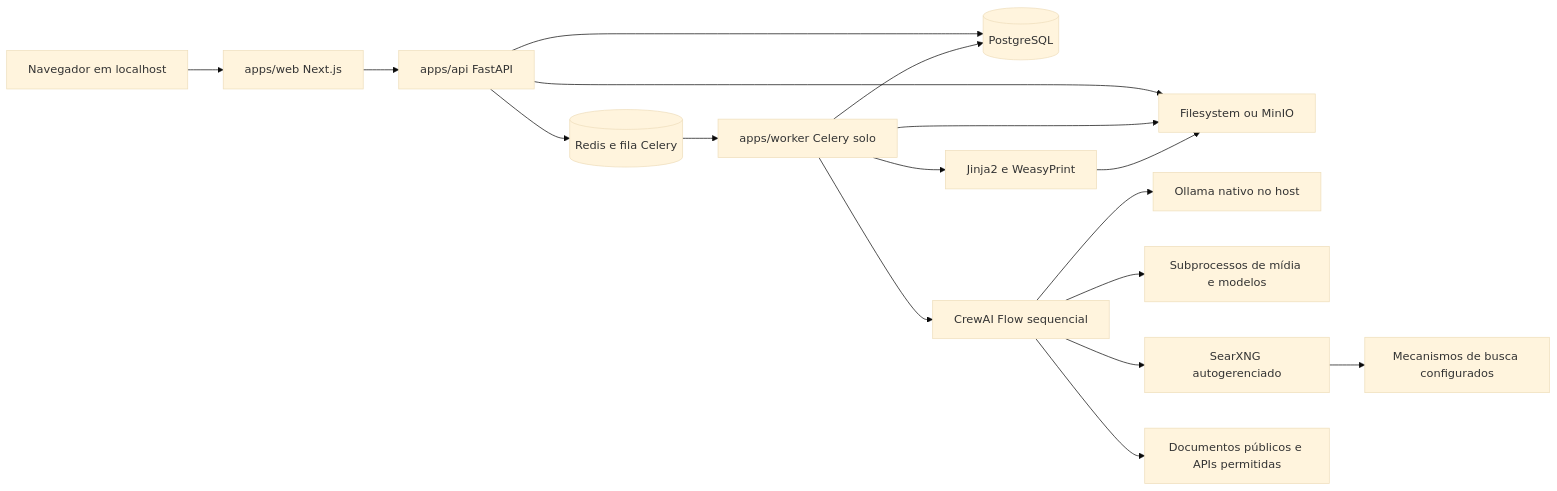
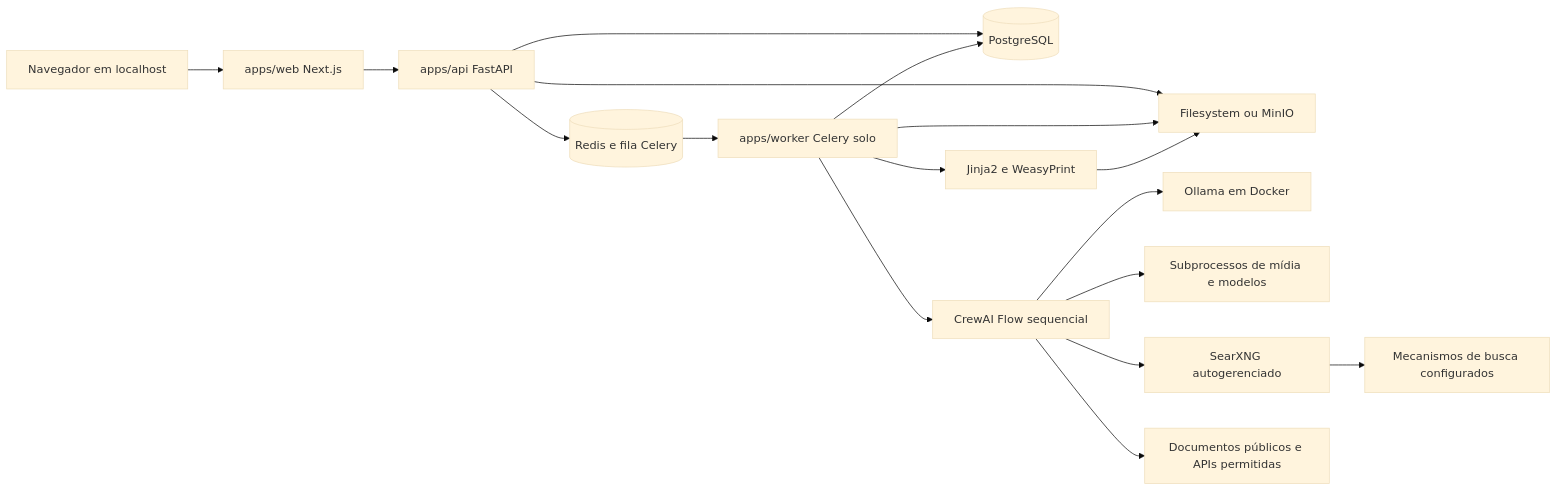
Before and after one commit to FabricioHiury/verifact-ai: the second of 4 diagrams in README.md, drawn with Mermaid (base theme). The commit also changed other lines of this file and 98 other files, not shown here.

````diff
--- a/README.md
+++ b/README.md
@@ -59,19 +69,19 @@
 ```mermaid
 flowchart LR
     U[Navegador em localhost] --> W[apps/web Next.js]
     W --> A[apps/api FastAPI]
     A --> P[(PostgreSQL)]
     A --> R[(Redis e fila Celery)]
     A --> S[Filesystem ou MinIO]
     R --> J[apps/worker Celery solo]
     J --> P
     J --> S
     J --> F[CrewAI Flow sequencial]
-    F --> O[Ollama nativo no host]
+    F --> O[Ollama em Docker]
     F --> M[Subprocessos de mídia e modelos]
     F --> Q[SearXNG autogerenciado]
     Q --> E[Mecanismos de busca configurados]
     F --> D[Documentos públicos e APIs permitidas]
     J --> H[Jinja2 e WeasyPrint]
     H --> S
 ```
````
